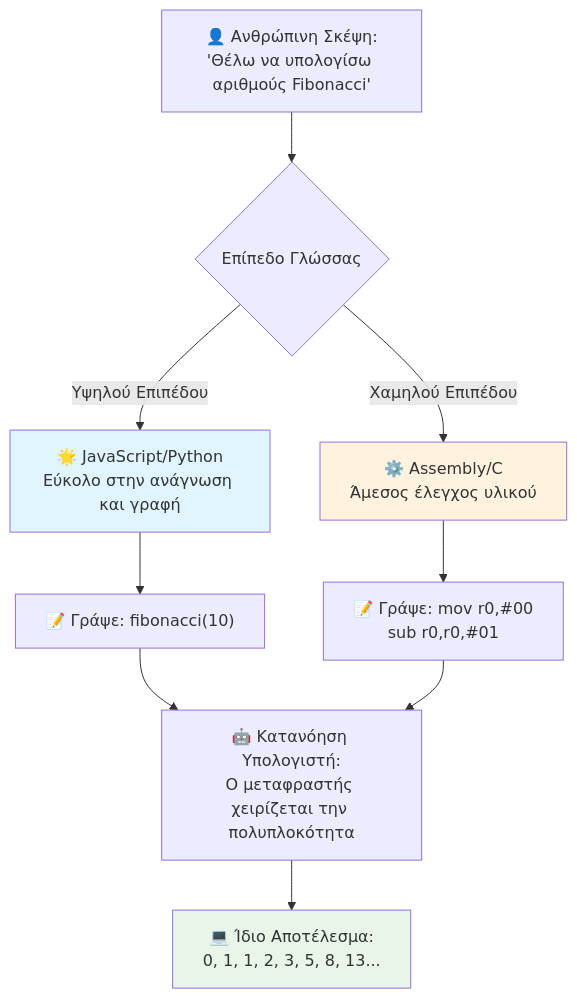
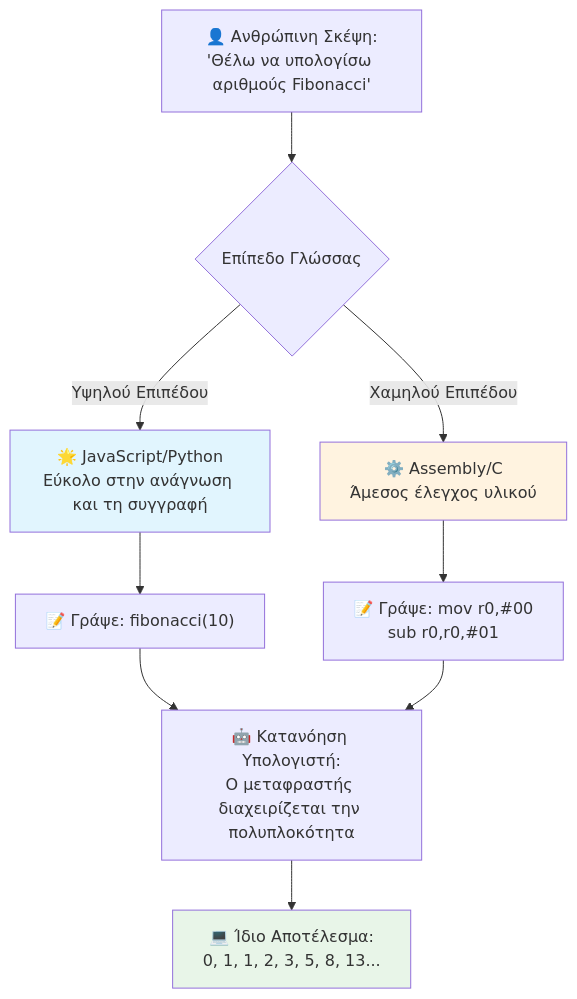
One commit to microsoft/Web-Dev-For-Beginners changed the third of 7 diagrams in translations/el/1-getting-started-lessons/1-intro-to-programming-languages/README.md. Above: the diagram before and after it, drawn with Mermaid. The commit also changed other lines of this file and 11 other files, not shown here.

````diff
--- a/translations/el/1-getting-started-lessons/1-intro-to-programming-languages/README.md
+++ b/translations/el/1-getting-started-lessons/1-intro-to-programming-languages/README.md
@@ -147,19 +148,19 @@
 ```mermaid
 flowchart TB
     A["👤 Ανθρώπινη Σκέψη:<br/>'Θέλω να υπολογίσω αριθμούς Fibonacci'"] --> B{Επίπεδο Γλώσσας}
     
-    B -->|Υψηλού Επιπέδου| C["🌟 JavaScript/Python<br/>Εύκολο στην ανάγνωση και γραφή"]
+    B -->|Υψηλού Επιπέδου| C["🌟 JavaScript/Python<br/>Εύκολο στην ανάγνωση και τη συγγραφή"]
     B -->|Χαμηλού Επιπέδου| D["⚙️ Assembly/C<br/>Άμεσος έλεγχος υλικού"]
     
     C --> E["📝 Γράψε: fibonacci(10)"]
     D --> F["📝 Γράψε: mov r0,#00<br/>sub r0,r0,#01"]
     
-    E --> G["🤖 Κατανόηση Υπολογιστή:<br/>Ο μεταφραστής χειρίζεται την πολυπλοκότητα"]
+    E --> G["🤖 Κατανόηση Υπολογιστή:<br/>Ο μεταφραστής διαχειρίζεται την πολυπλοκότητα"]
     F --> G
     
     G --> H["💻 Ίδιο Αποτέλεσμα:<br/>0, 1, 1, 2, 3, 5, 8, 13..."]
     
     style C fill:#e1f5fe
     style D fill:#fff3e0
     style H fill:#e8f5e8
 ```
````
